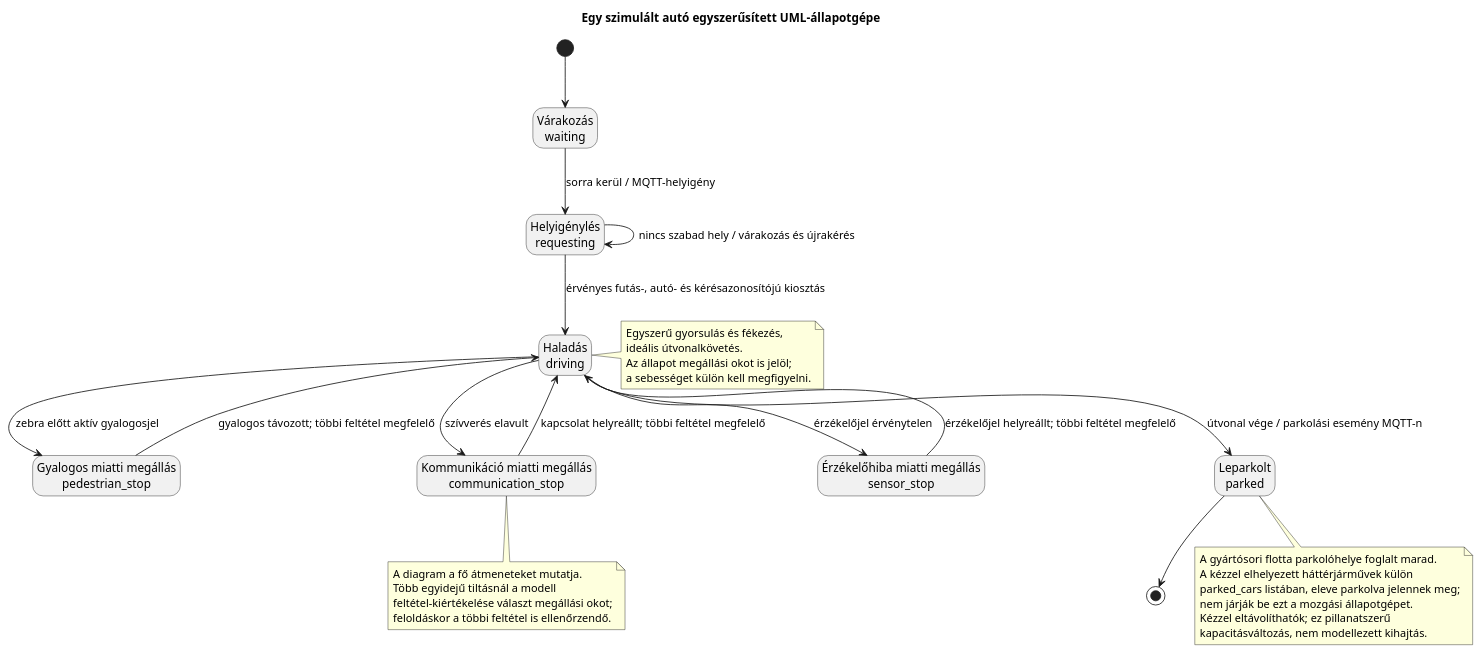
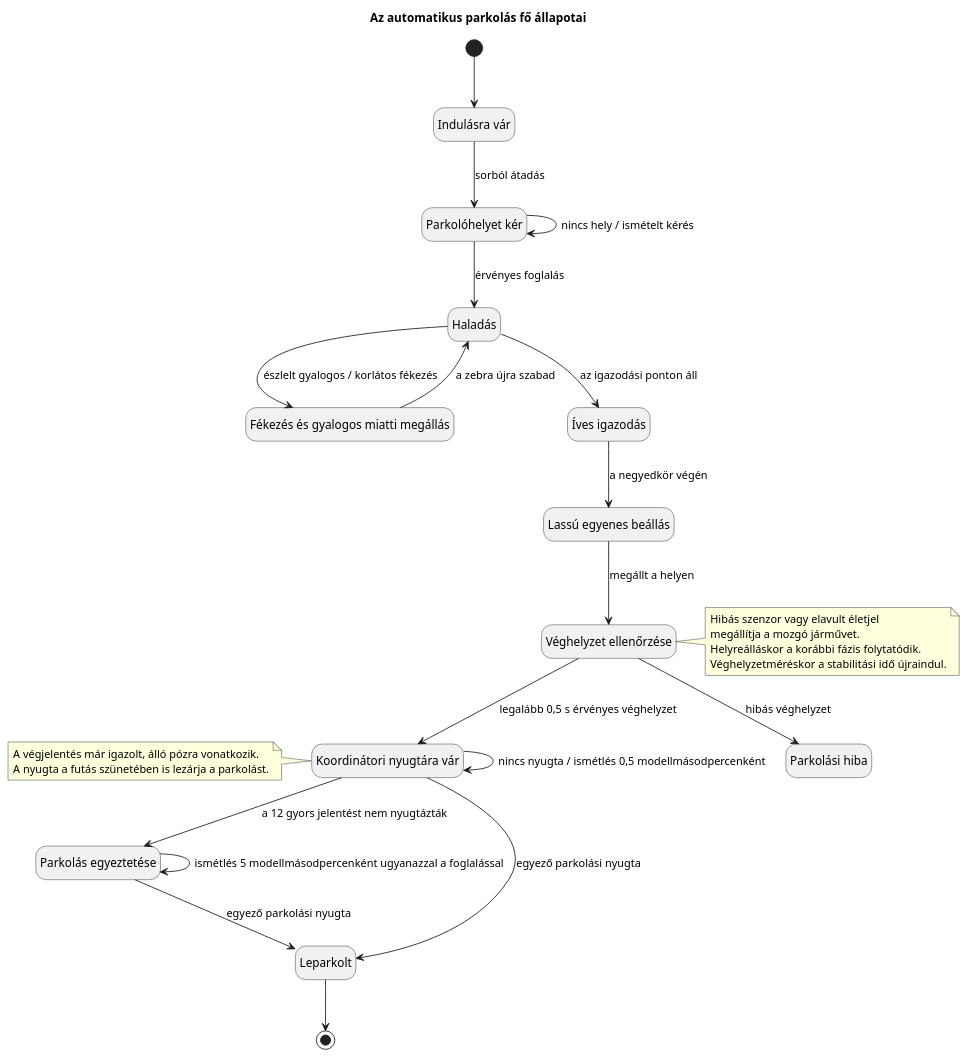
One commit to JackYHUN/ipar4-gyari-jarmuparkolas changed the diagram in docs/state-machine.puml. Above: the diagram before and after it, drawn with PlantUML. The commit also changed 29 other files, not shown here.

```diff
--- a/docs/state-machine.puml
+++ b/docs/state-machine.puml
@@ -1,47 +1,46 @@
 @startuml
-title Egy szimulált autó egyszerűsített UML-állapotgépe
+title Az automatikus parkolás fő állapotai
 hide empty description
 skinparam shadowing false
 
-state "Várakozás\nwaiting" as waiting
-state "Helyigénylés\nrequesting" as requesting
-state "Haladás\ndriving" as driving
-state "Gyalogos miatti megállás\npedestrian_stop" as pedestrian_stop
-state "Kommunikáció miatti megállás\ncommunication_stop" as communication_stop
-state "Érzékelőhiba miatti megállás\nsensor_stop" as sensor_stop
-state "Leparkolt\nparked" as parked
+state "Indulásra vár" as waiting
+state "Parkolóhelyet kér" as requesting
+state "Haladás" as driving
+state "Fékezés és gyalogos miatti megállás" as pedestrian
+state "Íves igazodás" as aligning
+state "Lassú egyenes beállás" as maneuvering
+state "Véghelyzet ellenőrzése" as checking
+state "Koordinátori nyugtára vár" as pending
+state "Parkolás egyeztetése" as reconciling
+state "Parkolási hiba" as failure
+state "Leparkolt" as parked
 
 [*] --> waiting
-waiting --> requesting : sorra kerül / MQTT-helyigény
-requesting --> requesting : nincs szabad hely / várakozás és újrakérés
-requesting --> driving : érvényes futás-, autó- és kérésazonosítójú kiosztás
-driving --> pedestrian_stop : zebra előtt aktív gyalogosjel
-pedestrian_stop --> driving : gyalogos távozott; többi feltétel megfelelő
-driving --> communication_stop : szívverés elavult
-communication_stop --> driving : kapcsolat helyreállt; többi feltétel megfelelő
-driving --> sensor_stop : érzékelőjel érvénytelen
-sensor_stop --> driving : érzékelőjel helyreállt; többi feltétel megfelelő
-driving --> parked : útvonal vége / parkolási esemény MQTT-n
+waiting --> requesting : sorból átadás
+requesting --> requesting : nincs hely / ismételt kérés
+requesting --> driving : érvényes foglalás
+driving --> pedestrian : észlelt gyalogos / korlátos fékezés
+pedestrian --> driving : a zebra újra szabad
+driving --> aligning : az igazodási ponton áll
+aligning --> maneuvering : a negyedkör végén
+maneuvering --> checking : megállt a helyen
+checking --> pending : legalább 0,5 s érvényes véghelyzet
+checking --> failure : hibás véghelyzet
+pending --> pending : nincs nyugta / ismétlés 0,5 modellmásodpercenként
+pending --> parked : egyező parkolási nyugta
+pending --> reconciling : a 12 gyors jelentést nem nyugtázták
+reconciling --> reconciling : ismétlés 5 modellmásodpercenként ugyanazzal a foglalással
+reconciling --> parked : egyező parkolási nyugta
 parked --> [*]
 
-note right of driving
-  Egyszerű gyorsulás és fékezés,
-  ideális útvonalkövetés.
-  Az állapot megállási okot is jelöl;
-  a sebességet külön kell megfigyelni.
+note right of checking
+  Hibás szenzor vagy elavult életjel
+  megállítja a mozgó járművet.
+  Helyreálláskor a korábbi fázis folytatódik.
+  Véghelyzetméréskor a stabilitási idő újraindul.
 end note
-note bottom of communication_stop
-  A diagram a fő átmeneteket mutatja.
-  Több egyidejű tiltásnál a modell
-  feltétel-kiértékelése választ megállási okot;
-  feloldáskor a többi feltétel is ellenőrzendő.
-end note
-note bottom of parked
-  A gyártósori flotta parkolóhelye foglalt marad.
-  A kézzel elhelyezett háttérjárművek külön
-  parked_cars listában, eleve parkolva jelennek meg;
-  nem járják be ezt a mozgási állapotgépet.
-  Kézzel eltávolíthatók; ez pillanatszerű
-  kapacitásváltozás, nem modellezett kihajtás.
+note left of pending
+  A végjelentés már igazolt, álló pózra vonatkozik.
+  A nyugta a futás szünetében is lezárja a parkolást.
 end note
 @enduml
```
